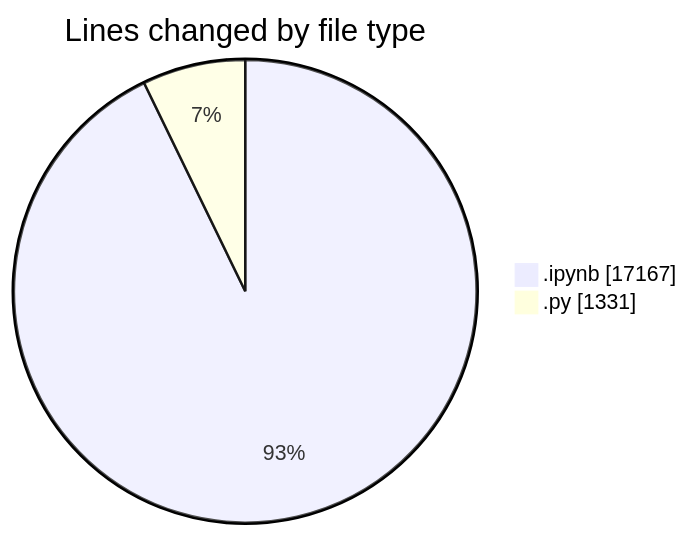
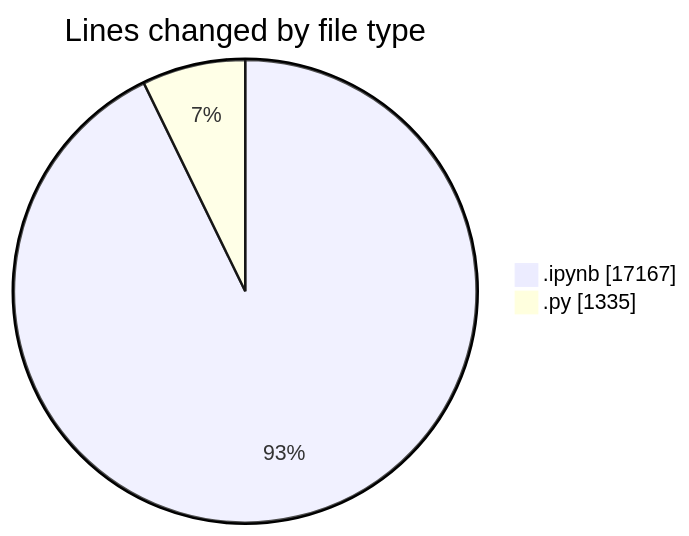
One commit to MatusMokan/code-tracking changed the first of 2 diagrams in 2025-05-07/myws__workspace_/README.md. Above: the diagram before and after it, drawn with Mermaid. The commit also changed other lines of this file and 1 other file, not shown here.

````diff
--- a/2025-05-07/myws__workspace_/README.md
+++ b/2025-05-07/myws__workspace_/README.md
@@ -21,6 +21,6 @@
 ```mermaid
 pie showData
 title Lines changed by file type
 ".ipynb" : 17167
-".py" : 1331
+".py" : 1335
 ```
````
